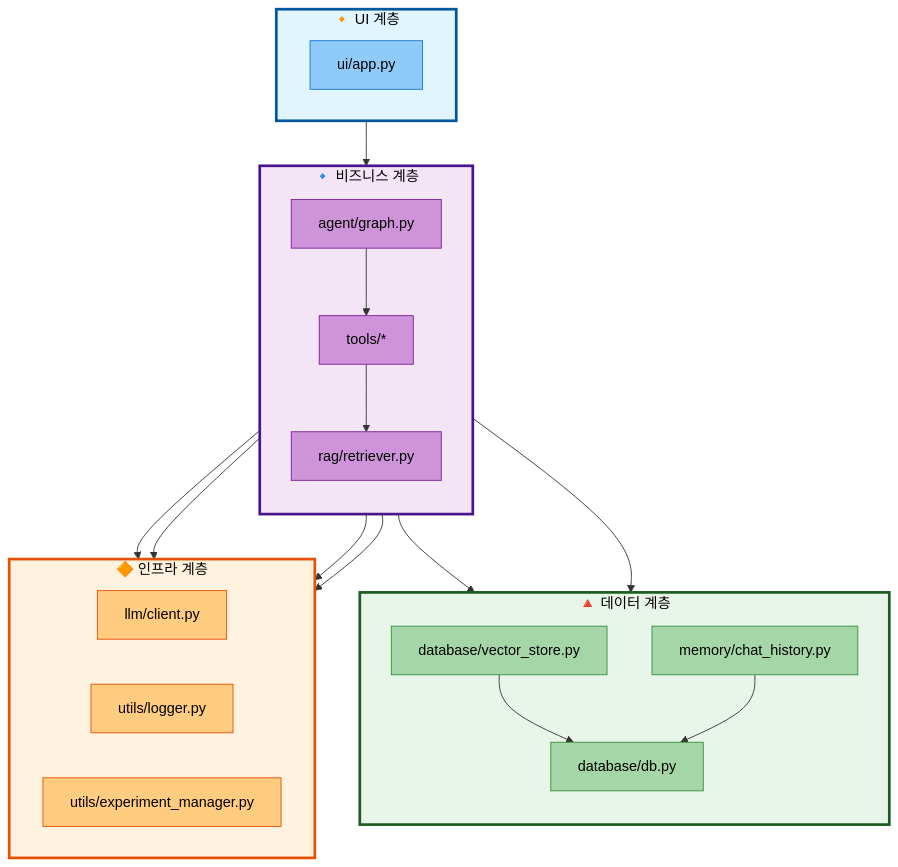
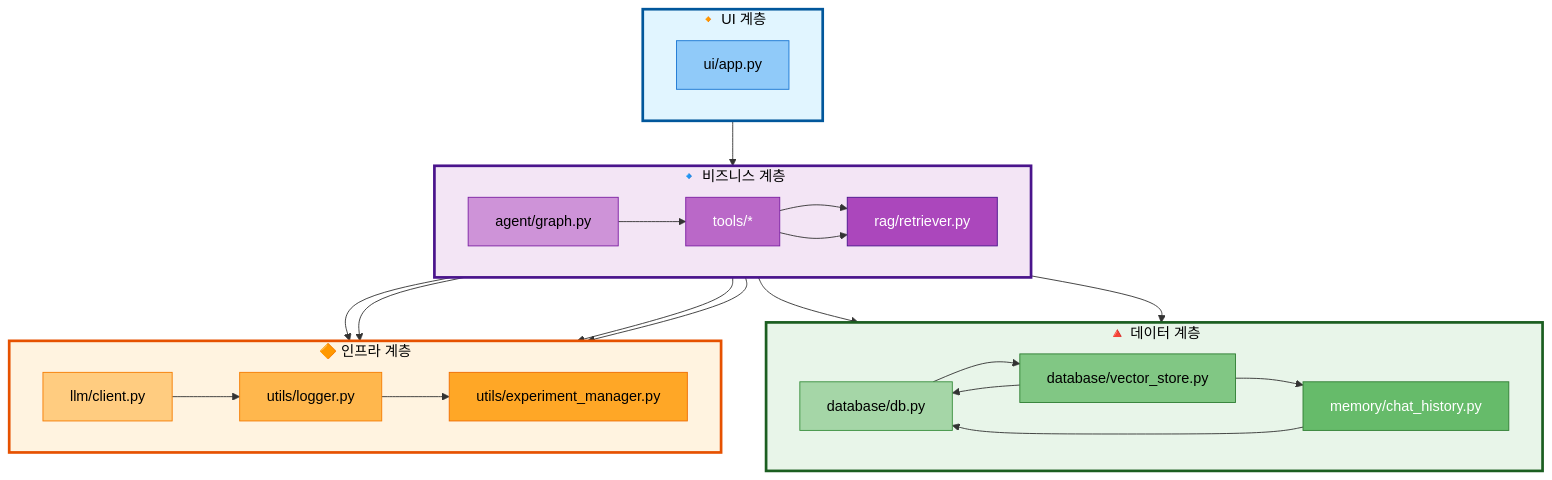
The second of 2 diagrams in docs/modularization/00_프로젝트_구조.md (AIBootcamp14/langchainproject-new-langchainproject_5), drawn with Mermaid before and after one commit.

Commit message:
docs: 모듈 간 의존성 다이어그램 수정
모든 계층을 direction LR로 통일
- Business_Layer, Data_Layer를 direction LR로 변경
- 각 계층 내부 노드 간 화살표 연결 추가
- 계층별 그라데이션 색상 적용
- 가로 길이 문제 해결

````diff
--- a/docs/modularization/00_프로젝트_구조.md
+++ b/docs/modularization/00_프로젝트_구조.md
@@ -654,59 +654,61 @@
 ```mermaid
 graph TB
     subgraph UI_Layer["🔸 UI 계층"]
         direction LR
         UI[ui/app.py]
     end
 
     subgraph Business_Layer["🔹 비즈니스 계층"]
-        direction TB
-        Agent[agent/graph.py]
-        Tools[tools/*]
-        RAG[rag/retriever.py]
+        direction LR
+        Agent[agent/graph.py] --> Tools[tools/*]
+        Tools --> RAG[rag/retriever.py]
     end
 
     subgraph Data_Layer["🔺 데이터 계층"]
-        direction TB
-        DB[database/db.py]
-        Vector[database/vector_store.py]
-        Memory[memory/chat_history.py]
+        direction LR
+        DB[database/db.py] --> Vector[database/vector_store.py]
+        Vector --> Memory[memory/chat_history.py]
     end
 
     subgraph Infra_Layer["🔶 인프라 계층"]
         direction LR
-        LLM[llm/client.py]
-        Logger[utils/logger.py]
-        ExpMgr[utils/experiment_manager.py]
+        LLM[llm/client.py] --> Logger[utils/logger.py]
+        Logger --> ExpMgr[utils/experiment_manager.py]
     end
 
     UI --> Agent
-    Agent --> Tools
     Agent --> Memory
     Tools --> RAG
     Tools --> LLM
     RAG --> Vector
     Vector --> DB
     Memory --> DB
 
     Agent --> ExpMgr
     Tools --> Logger
     RAG --> Logger
 
     %% Subgraph 스타일
     style UI_Layer fill:#e1f5ff,stroke:#01579b,stroke-width:3px,color:#000
     style Business_Layer fill:#f3e5f5,stroke:#4a148c,stroke-width:3px,color:#000
     style Data_Layer fill:#e8f5e9,stroke:#1b5e20,stroke-width:3px,color:#000
     style Infra_Layer fill:#fff3e0,stroke:#e65100,stroke-width:3px,color:#000
 
-    %% 노드 스타일
+    %% 노드 스타일 (UI 계층 - 파랑 계열)
     style UI fill:#90caf9,stroke:#1976d2,color:#000
+
+    %% 노드 스타일 (비즈니스 계층 - 보라 계열)
     style Agent fill:#ce93d8,stroke:#7b1fa2,color:#000
-    style Tools fill:#ce93d8,stroke:#7b1fa2,color:#000
-    style RAG fill:#ce93d8,stroke:#7b1fa2,color:#000
+    style Tools fill:#ba68c8,stroke:#7b1fa2,color:#fff
+    style RAG fill:#ab47bc,stroke:#4a148c,color:#fff
+
+    %% 노드 스타일 (데이터 계층 - 녹색 계열)
     style DB fill:#a5d6a7,stroke:#388e3c,color:#000
-    style Vector fill:#a5d6a7,stroke:#388e3c,color:#000
-    style Memory fill:#a5d6a7,stroke:#388e3c,color:#000
-    style LLM fill:#ffcc80,stroke:#e65100,color:#000
-    style Logger fill:#ffcc80,stroke:#e65100,color:#000
-    style ExpMgr fill:#ffcc80,stroke:#e65100,color:#000
+    style Vector fill:#81c784,stroke:#2e7d32,color:#000
+    style Memory fill:#66bb6a,stroke:#2e7d32,color:#fff
+
+    %% 노드 스타일 (인프라 계층 - 주황 계열)
+    style LLM fill:#ffcc80,stroke:#f57c00,color:#000
+    style Logger fill:#ffb74d,stroke:#f57c00,color:#000
+    style ExpMgr fill:#ffa726,stroke:#ef6c00,color:#000
 ```
````
